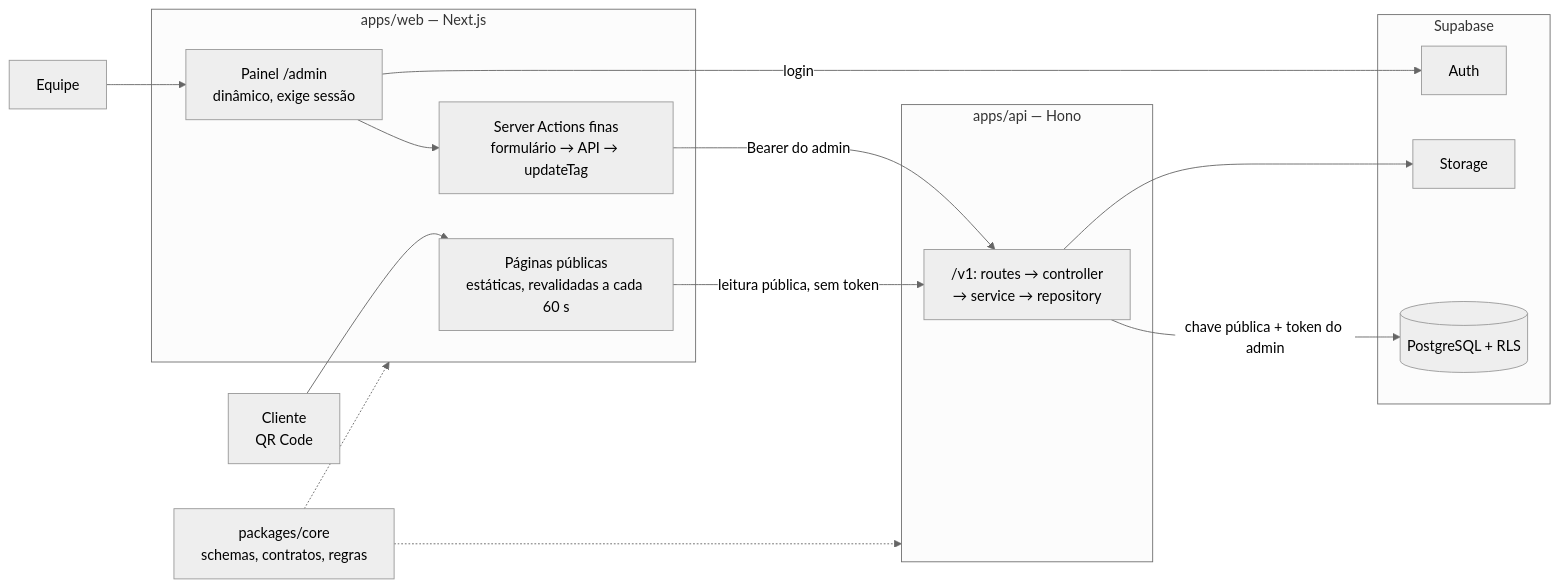
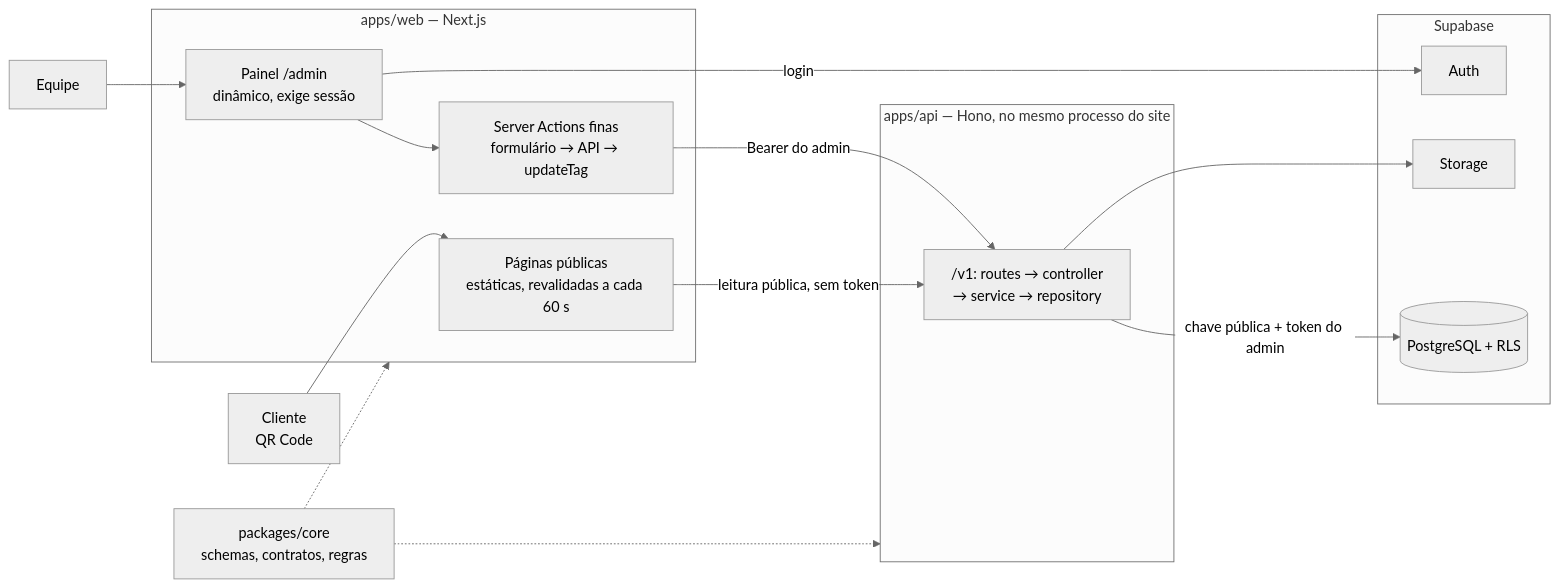
The diagram in README.md (ManuelFernandoCunhaRodrigues/cardapio-nfc), drawn with Mermaid (neutral theme) before and after one commit. The commit also changed other lines of this file and 108 other files, not shown here.

First line of the commit message:
refactor: API dentro do site, com um projeto Vercel por ambiente (#80)

````diff
--- a/README.md
+++ b/README.md
@@ -48,30 +50,30 @@
 ```mermaid
 flowchart LR
   Cliente["Cliente<br/>QR Code"] --> Publico
   Equipe[Equipe] --> Painel
 
   subgraph Web["apps/web — Next.js"]
     Publico["Páginas públicas<br/>estáticas, revalidadas a cada 60 s"]
     Painel["Painel /admin<br/>dinâmico, exige sessão"]
     Actions["Server Actions finas<br/>formulário → API → updateTag"]
     Painel --> Actions
   end
 
-  subgraph Api["apps/api — Hono"]
+  subgraph Api["apps/api — Hono, no mesmo processo do site"]
     Rotas["/v1: routes → controller<br/>→ service → repository"]
   end
 
   subgraph Supa["Supabase"]
     Banco[(PostgreSQL + RLS)]
     Auth[Auth]
     Storage[Storage]
   end
 
   Publico -- leitura pública, sem token --> Rotas
   Actions -- Bearer do admin --> Rotas
   Rotas -- chave pública + token do admin --> Banco
   Rotas --> Storage
   Painel -- login --> Auth
   Core["packages/core<br/>schemas, contratos, regras"] -.-> Web
   Core -.-> Api
 ```
````
